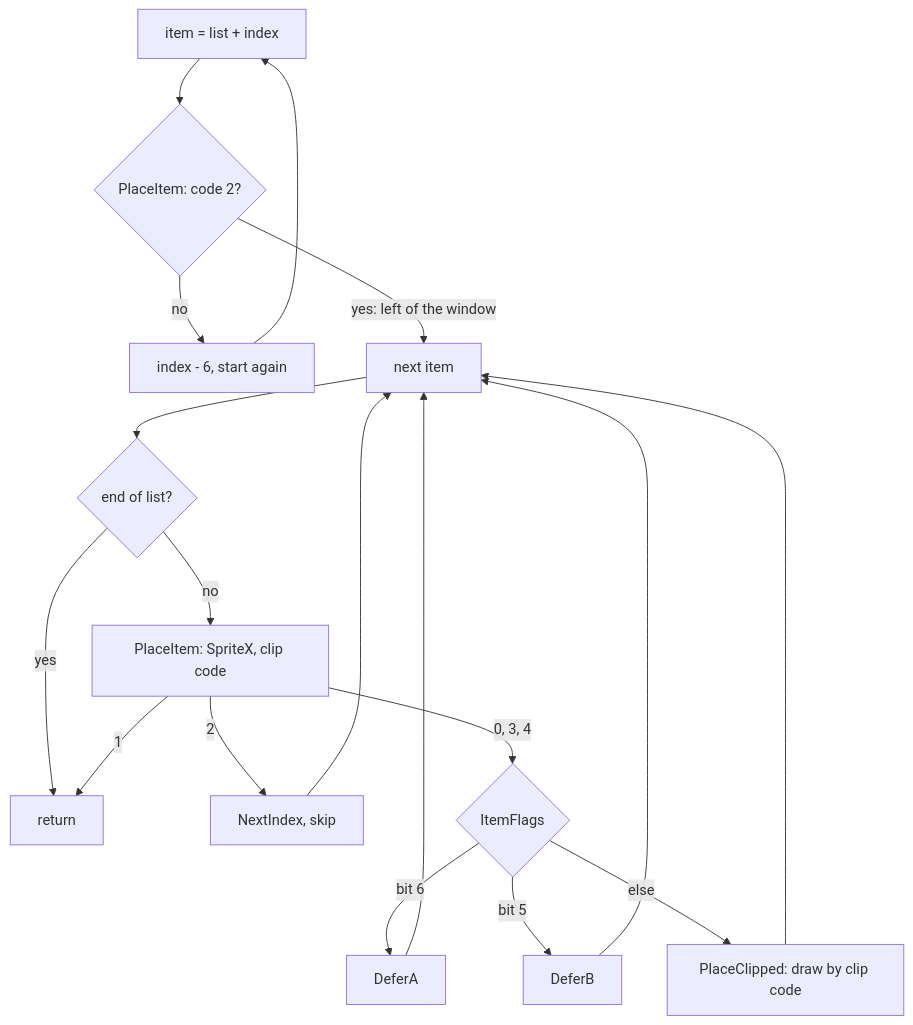
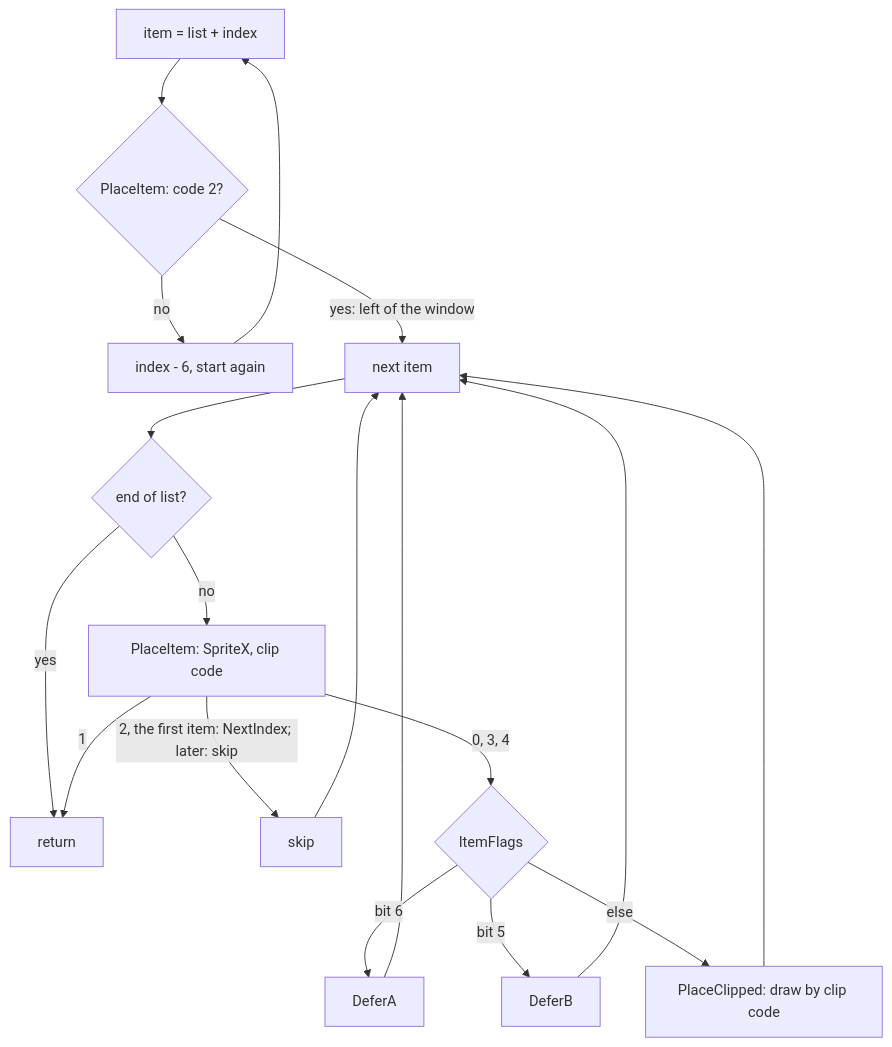
The fourth of 10 diagrams in games/atv-simulator/docs/06-rendering.md (alfishe/unrealng-reverse-cases), drawn with Mermaid before and after one commit. The commit also changed other lines of this file and 32 other files, not shown here.

````diff
--- a/games/atv-simulator/docs/06-rendering.md
+++ b/games/atv-simulator/docs/06-rendering.md
@@ -495,20 +502,20 @@
 ```mermaid
 flowchart TD
     A["item = list + index"] --> B{"PlaceItem: code 2?"}
     B -->|"no"| C["index - 6, start again"]
     C --> A
     B -->|"yes: left of the window"| D["next item"]
     D --> E{"end of list?"}
     E -->|"yes"| Z["return"]
     E -->|"no"| F["PlaceItem: SpriteX, clip code"]
-    F -->|"2"| G["NextIndex, skip"]
+    F -->|"2, the first item: NextIndex; later: skip"| G["skip"]
     F -->|"1"| Z
     F -->|"0, 3, 4"| H{"ItemFlags"}
     H -->|"bit 6"| DA["DeferA"]
     H -->|"bit 5"| DB["DeferB"]
     H -->|"else"| PC["PlaceClipped: draw by clip code"]
     G --> D
     DA --> D
     DB --> D
     PC --> D
 ```
````
